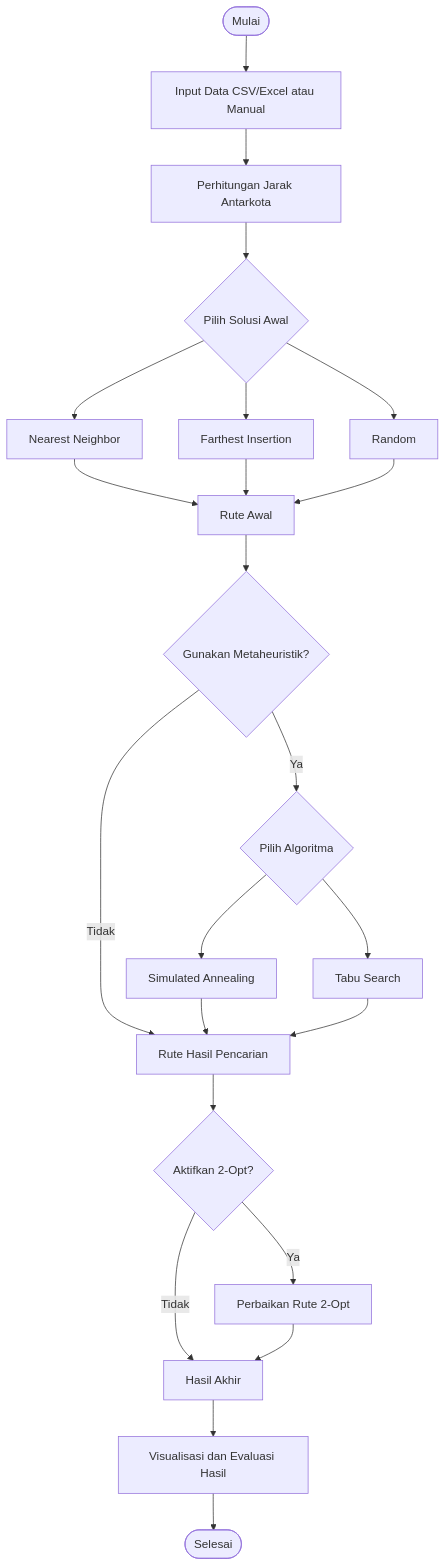
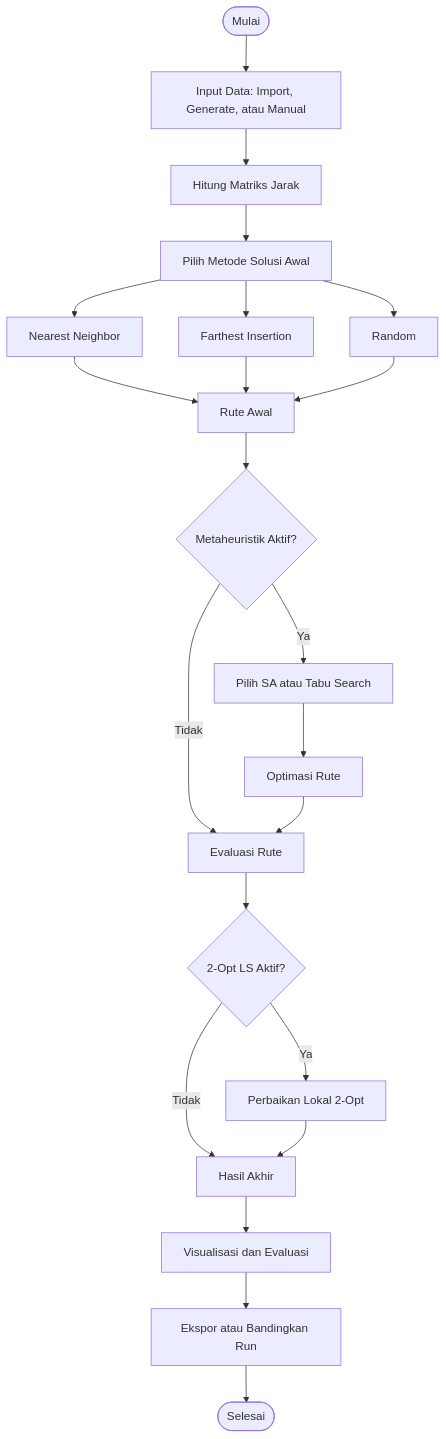
One commit to Violita-archive/tsp-metaheuristic changed the diagram in README.md. Above: the diagram before and after it, drawn with Mermaid. The commit also changed other lines of this file, not shown here.

````diff
--- a/README.md
+++ b/README.md
@@ -151,32 +151,29 @@
 ```mermaid
 flowchart TD
-    A([Mulai]) --> B[Input Data CSV/Excel atau Manual]
-    B --> C[Perhitungan Jarak Antarkota]
-    C --> D{Pilih Solusi Awal}
+    A([Mulai]) --> B[Input Data: Import, Generate, atau Manual]
+    B --> C[Hitung Matriks Jarak]
+    C --> D[Pilih Metode Solusi Awal]
 
     D --> E[Nearest Neighbor]
     D --> F[Farthest Insertion]
     D --> G[Random]
 
     E --> H[Rute Awal]
     F --> H
     G --> H
 
-    H --> I{Gunakan Metaheuristik?}
-    I -->|Ya| J{Pilih Algoritma}
-    I -->|Tidak| M[Rute Hasil Pencarian]
+    H --> I{Metaheuristik Aktif?}
+    I -->|Ya| J[Pilih SA atau Tabu Search]
+    I -->|Tidak| L[Evaluasi Rute]
+    J --> K[Optimasi Rute]
+    K --> L
 
-    J --> K[Simulated Annealing]
-    J --> L[Tabu Search]
+    L --> M{2-Opt LS Aktif?}
+    M -->|Ya| N[Perbaikan Lokal 2-Opt]
+    M -->|Tidak| O[Hasil Akhir]
+    N --> O
 
-    K --> M
-    L --> M
-
-    M --> N{Aktifkan 2-Opt?}
-    N -->|Ya| O[Perbaikan Rute 2-Opt]
-    N -->|Tidak| P[Hasil Akhir]
-    O --> P
-
-    P --> Q[Visualisasi dan Evaluasi Hasil]
+    O --> P[Visualisasi dan Evaluasi]
+    P --> Q[Ekspor atau Bandingkan Run]
     Q --> R([Selesai])
 ```
````
